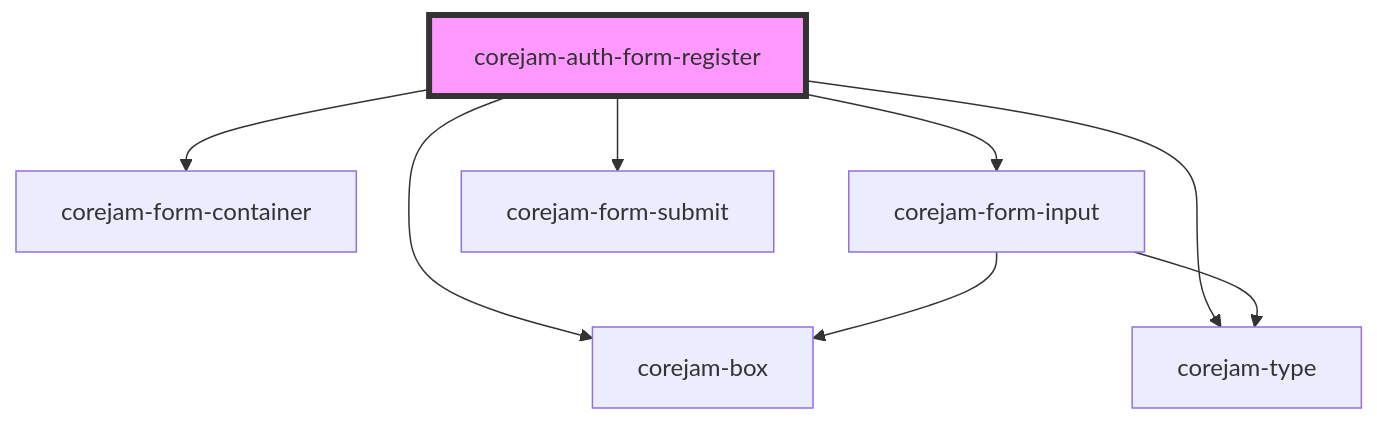
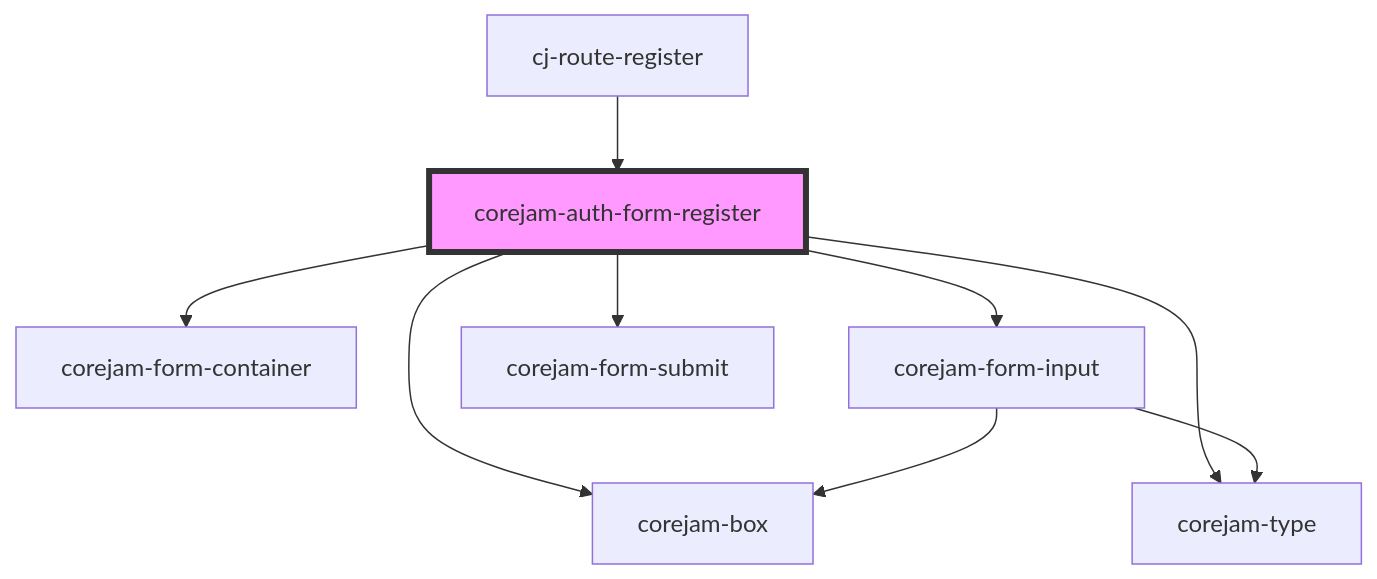
Before and after one commit to corejam/corejam: the diagram in packages/plugins/auth/app/components/corejam-auth-form-register/readme.md, drawn with Mermaid. The commit also changed other lines of this file and 5 other files, not shown here.

````diff
--- a/packages/plugins/auth/app/components/corejam-auth-form-register/readme.md
+++ b/packages/plugins/auth/app/components/corejam-auth-form-register/readme.md
@@ -19,11 +23,12 @@
 ```mermaid
 graph TD;
   corejam-auth-form-register --> corejam-box
   corejam-auth-form-register --> corejam-type
   corejam-auth-form-register --> corejam-form-container
   corejam-auth-form-register --> corejam-form-input
   corejam-auth-form-register --> corejam-form-submit
   corejam-form-input --> corejam-box
   corejam-form-input --> corejam-type
+  cj-route-register --> corejam-auth-form-register
   style corejam-auth-form-register fill:#f9f,stroke:#333,stroke-width:4px
 ```
````
